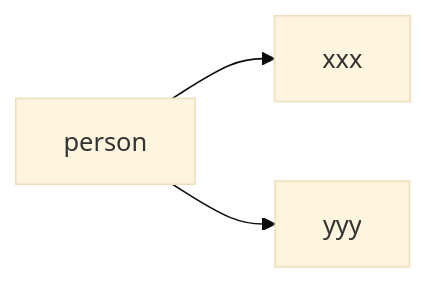
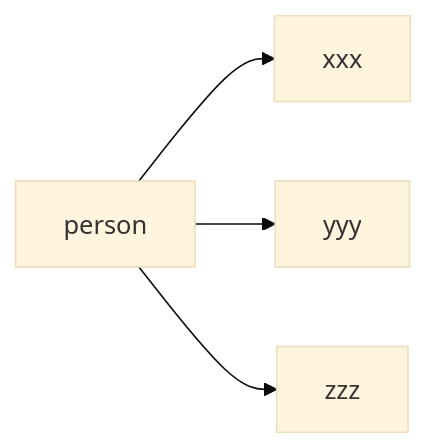
One commit to scotentSD/testing changed the first of 2 diagrams in journey.md. Above: the diagram before and after it, drawn with Mermaid (base theme).

Commit message:
Update journey.md
mk

````diff
--- a/journey.md
+++ b/journey.md
@@ -1,5 +1,6 @@
 ```mermaid
 graph LR
 person --> xxx
 person --> yyy
+person --> zzz
 ```
````
